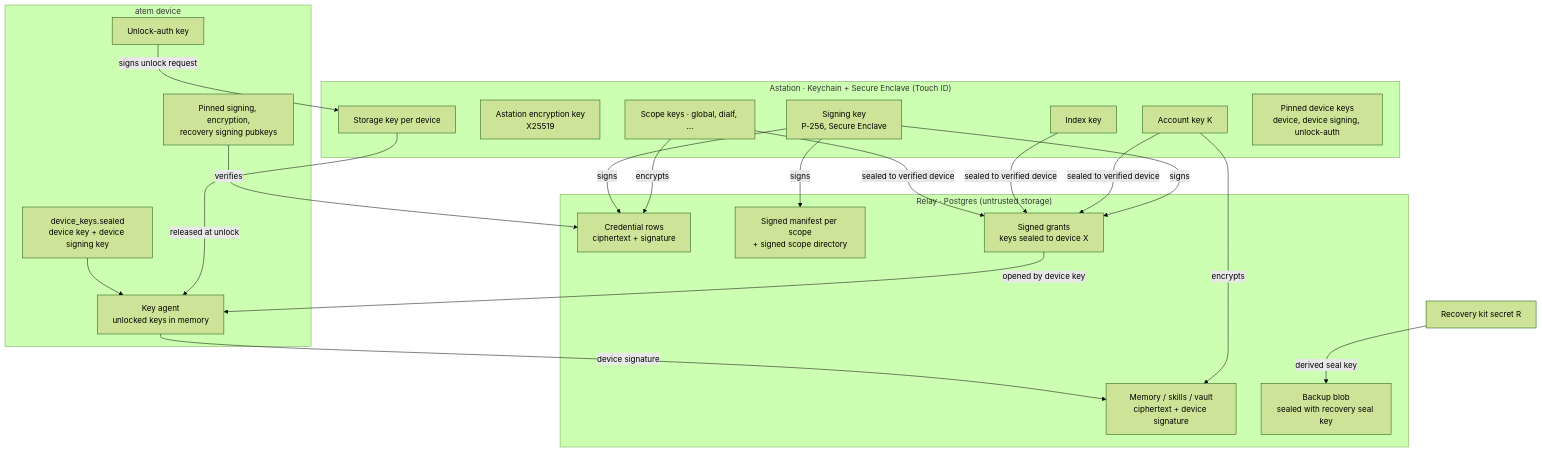
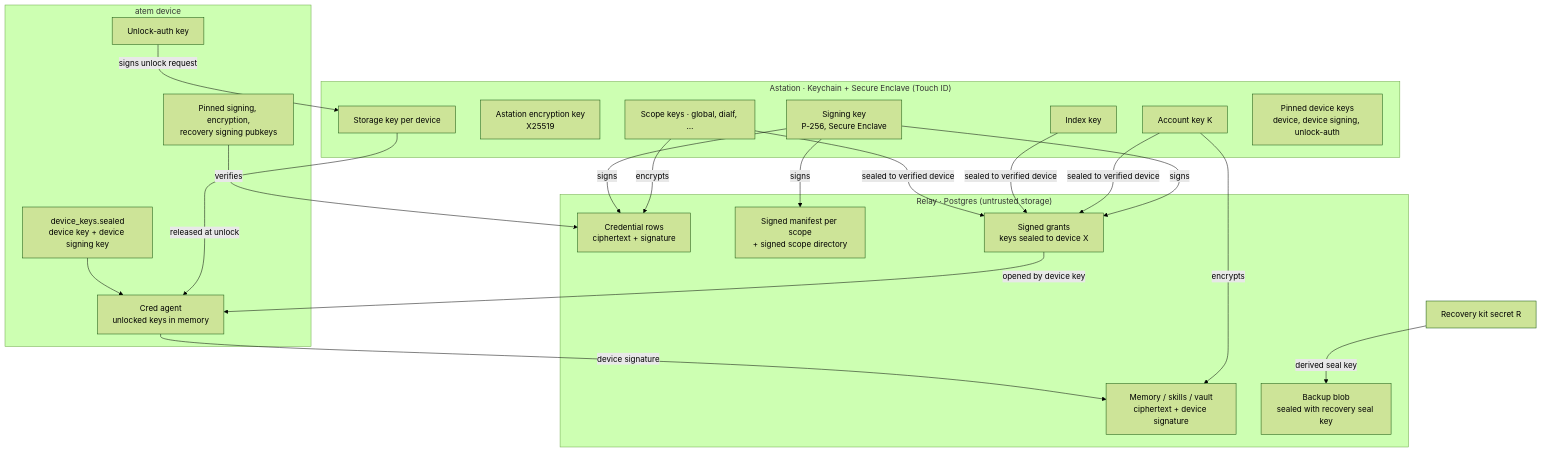
One commit to Agora-Build/Atem changed the first of 7 diagrams in designs/e2e-encryption.md. Above: the diagram before and after it, drawn with Mermaid (forest theme). The commit also changed other lines of this file and 91 other files, not shown here.

First line of the commit message:
feat: live status and versions, runtime auto-update, cred agent, login and pairing storage (#84)

````diff
--- a/designs/e2e-encryption.md
+++ b/designs/e2e-encryption.md
@@ -131,38 +131,38 @@
 ```mermaid
 flowchart TB
   subgraph AST["Astation · Keychain + Secure Enclave (Touch ID)"]
     SIGN["Signing key<br/>P-256, Secure Enclave"]
     AENC["Astation encryption key<br/>X25519"]
     K["Account key K"]
     IDX["Index key"]
     SD["Scope keys · global, dialf, …"]
     STK["Storage key per device"]
     PINS["Pinned device keys<br/>device, device signing, unlock-auth"]
   end
   subgraph RELAY["Relay · Postgres (untrusted storage)"]
     MEM["Memory / skills / vault<br/>ciphertext + device signature"]
     CT["Credential rows<br/>ciphertext + signature"]
     MAN["Signed manifest per scope<br/>+ signed scope directory"]
     GR["Signed grants<br/>keys sealed to device X"]
     BK["Backup blob<br/>sealed with recovery seal key"]
   end
   subgraph DEV["atem device"]
     DKS["device_keys.sealed<br/>device key + device signing key"]
     UA["Unlock-auth key"]
     PIN["Pinned signing, encryption,<br/>recovery signing pubkeys"]
-    AG["Key agent<br/>unlocked keys in memory"]
+    AG["Cred agent<br/>unlocked keys in memory"]
   end
   K -->|encrypts| MEM
   SD -->|encrypts| CT
   SIGN -->|signs| CT
   SIGN -->|signs| MAN
   SIGN -->|signs| GR
   K & IDX & SD -->|sealed to verified device| GR
   STK -->|released at unlock| AG
   UA -->|signs unlock request| STK
   DKS --> AG
   GR -->|opened by device key| AG
   AG -->|device signature| MEM
   PIN -->|verifies| CT
   REC["Recovery kit secret R"] -->|derived seal key| BK
 ```
````
